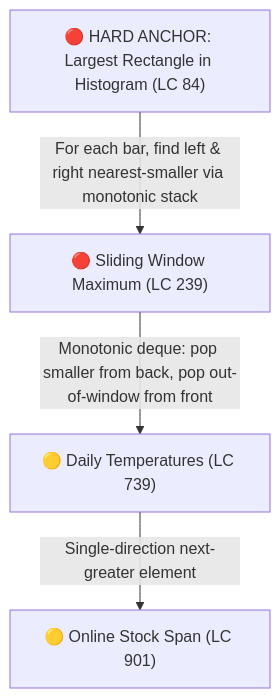
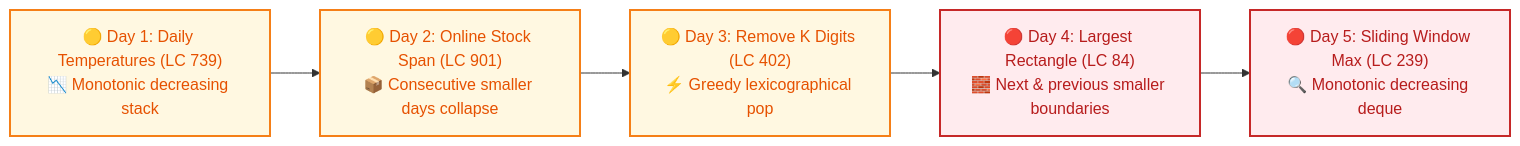
One commit to dip4k/DSA_102 changed the third of 19 diagrams in Senior_dsa_question_list.md. Above: the diagram before and after it, drawn with Mermaid. The commit also changed other lines of this file and 332 other files, not shown here.

````diff
--- a/Senior_dsa_question_list.md
+++ b/Senior_dsa_question_list.md
@@ -117,6 +134,14 @@
 ```mermaid
-flowchart TD
-    A["🔴 HARD ANCHOR: Largest Rectangle in Histogram (LC 84)"] -->|"For each bar, find left & right nearest-smaller via monotonic stack"| B["🔴 Sliding Window Maximum (LC 239)"]
-    B -->|"Monotonic deque: pop smaller from back, pop out-of-window from front"| C["🟡 Daily Temperatures (LC 739)"]
-    C -->|"Single-direction next-greater element"| D["🟡 Online Stock Span (LC 901)"]
+flowchart LR
+    classDef startNode fill:#e8f5e9,stroke:#2e7d32,stroke-width:2px,color:#1b5e20
+    classDef midNode fill:#fff8e1,stroke:#f57f17,stroke-width:2px,color:#e65100
+    classDef hardNode fill:#ffebee,stroke:#c62828,stroke-width:2px,color:#b71c1c
+
+    A["🟡 Day 1: Daily Temperatures (LC 739)<br/>📉 Monotonic decreasing stack"]:::midNode
+    B["🟡 Day 2: Online Stock Span (LC 901)<br/>📦 Consecutive smaller days collapse"]:::midNode
+    C["🟡 Day 3: Remove K Digits (LC 402)<br/>⚡ Greedy lexicographical pop"]:::midNode
+    D["🔴 Day 4: Largest Rectangle (LC 84)<br/>🧱 Next & previous smaller boundaries"]:::hardNode
+    E["🔴 Day 5: Sliding Window Max (LC 239)<br/>🔍 Monotonic decreasing deque"]:::hardNode
+
+    A --> B --> C --> D --> E
 ```
````
